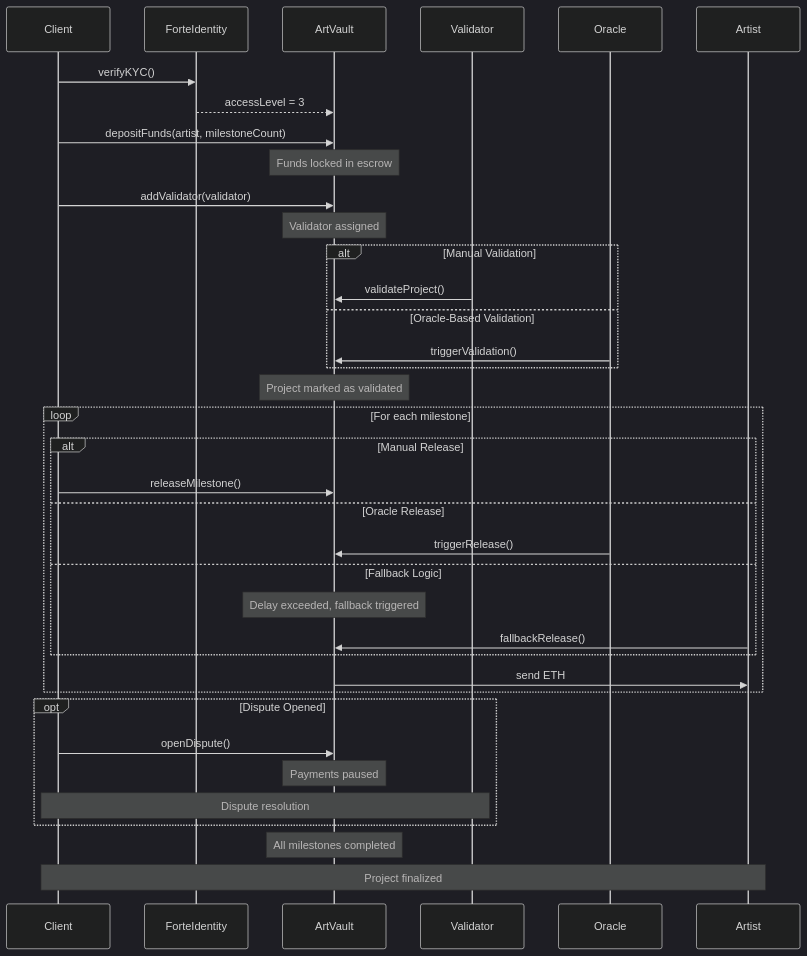
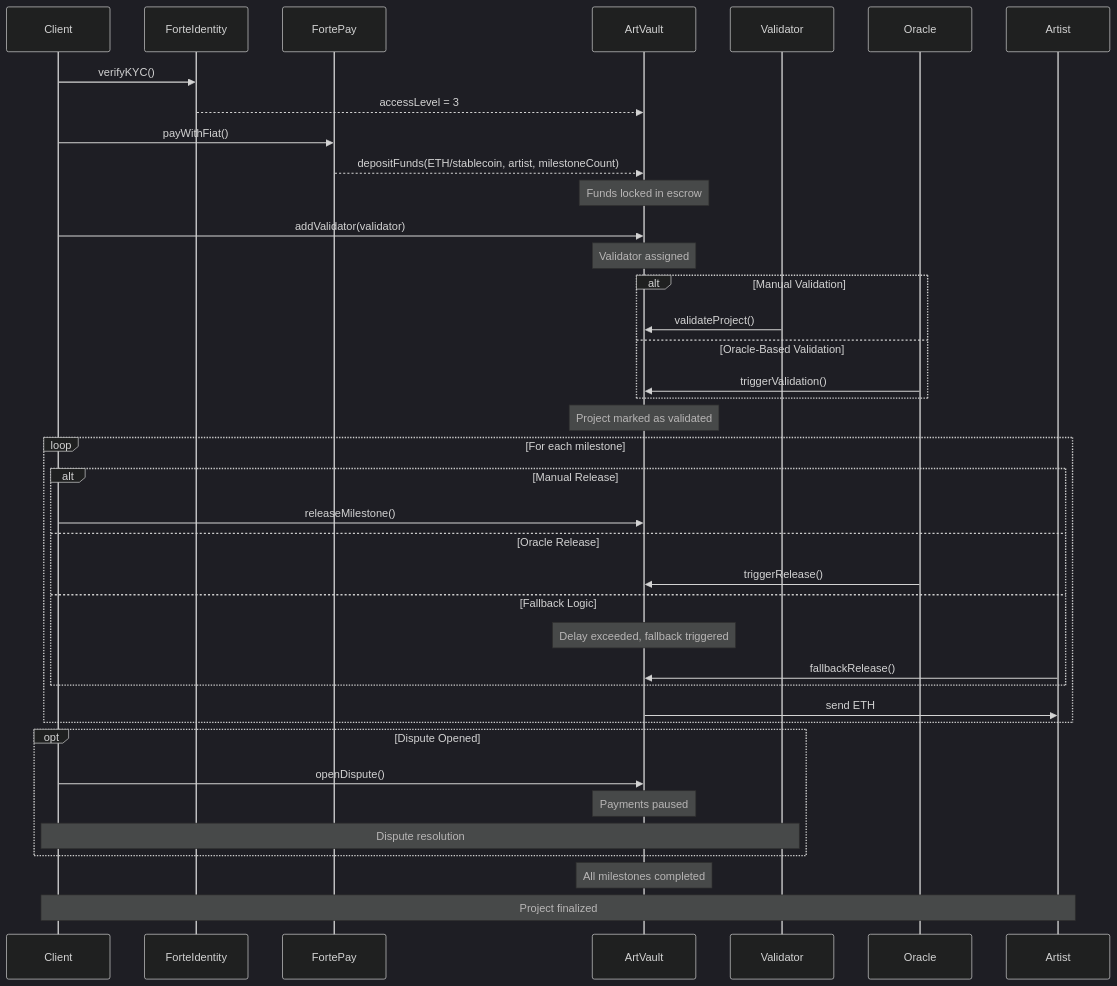
One commit to HananeBendisari/ArtVault changed the diagram in docs/diagram.md. Above: the diagram before and after it, drawn with Mermaid (dark theme). The commit also changed other lines of this file, not shown here.

Commit message:
Update diagram to include FortePay fiat flow and improve narrative explanation

````diff
--- a/docs/diagram.md
+++ b/docs/diagram.md
@@ -5,51 +5,55 @@
 ```mermaid
 sequenceDiagram
     participant Client
     participant ForteIdentity
+    participant FortePay
     participant ArtVault
     participant Validator
     participant Oracle
     participant Artist
 
-    %% Initial Setup
+    %% KYC Verification
     Client->>ForteIdentity: verifyKYC()
     ForteIdentity-->>ArtVault: accessLevel = 3
-    Client->>ArtVault: depositFunds(artist, milestoneCount)
+
+    %% Fiat Payment Flow
+    Client->>FortePay: payWithFiat()
+    FortePay-->>ArtVault: depositFunds(ETH/stablecoin, artist, milestoneCount)
     Note over ArtVault: Funds locked in escrow
 
     %% Validator Assignment
     Client->>ArtVault: addValidator(validator)
     Note over ArtVault: Validator assigned
 
     %% Validation Phase
     alt Manual Validation
         Validator->>ArtVault: validateProject()
     else Oracle-Based Validation
         Oracle->>ArtVault: triggerValidation()
     end
     Note over ArtVault: Project marked as validated
 
     %% Milestone Release Phase
     loop For each milestone
         alt Manual Release
             Client->>ArtVault: releaseMilestone()
         else Oracle Release
             Oracle->>ArtVault: triggerRelease()
         else Fallback Logic
             Note over ArtVault: Delay exceeded, fallback triggered
             Artist->>ArtVault: fallbackRelease()
         end
         ArtVault->>Artist: send ETH
     end
 
     %% Dispute Handling
     opt Dispute Opened
         Client->>ArtVault: openDispute()
         Note over ArtVault: Payments paused
         Note over Client, Validator: Dispute resolution
     end
 
     %% Completion
     Note over ArtVault: All milestones completed
     Note over Client, Artist: Project finalized
 ```
````
